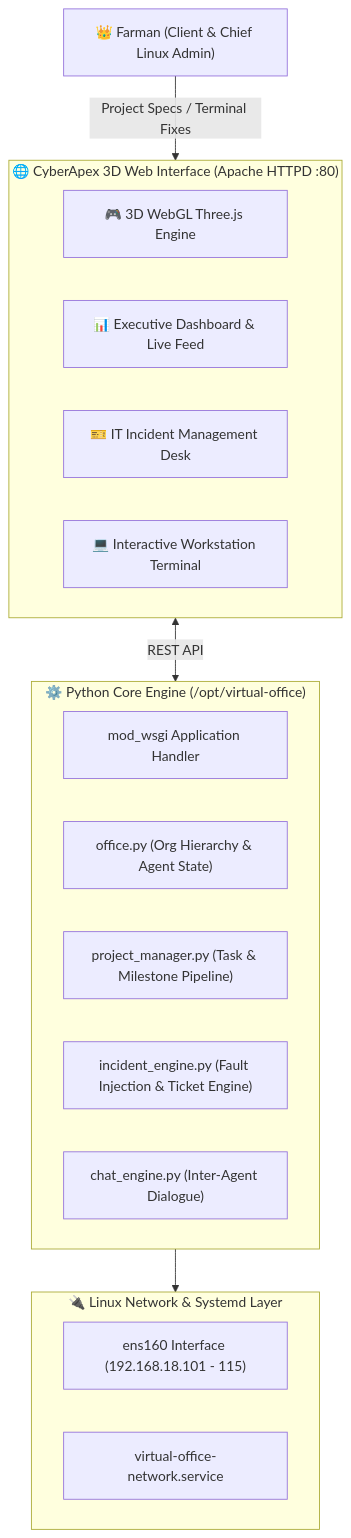
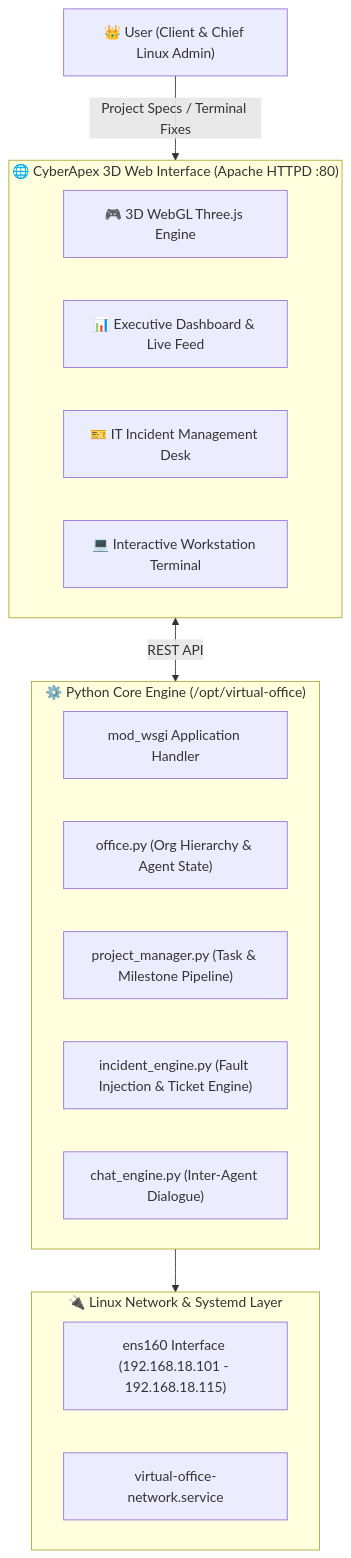
Before and after one commit to jacky1473/CyberApex: the diagram in README.md, drawn with Mermaid. The commit also changed other lines of this file and 1 other file, not shown here.

````diff
--- a/README.md
+++ b/README.md
@@ -53,28 +64,28 @@
 ```mermaid
 graph TD
-    User["👑 Farman (Client & Chief Linux Admin)"]
+    User["👑 User (Client & Chief Linux Admin)"]
     
     subgraph WebInterface ["🌐 CyberApex 3D Web Interface (Apache HTTPD :80)"]
         ThreeJS["🎮 3D WebGL Three.js Engine"]
         Dash["📊 Executive Dashboard & Live Feed"]
         TicketBoard["🎫 IT Incident Management Desk"]
         WebShell["💻 Interactive Workstation Terminal"]
     end
 
     subgraph CoreEngine ["⚙️ Python Core Engine (/opt/virtual-office)"]
         WSGI["mod_wsgi Application Handler"]
         Office["office.py (Org Hierarchy & Agent State)"]
         ProjMgr["project_manager.py (Task & Milestone Pipeline)"]
         Incidents["incident_engine.py (Fault Injection & Ticket Engine)"]
         Chat["chat_engine.py (Inter-Agent Dialogue)"]
     end
 
     subgraph NetworkStack ["🔌 Linux Network & Systemd Layer"]
-        KernelNet["ens160 Interface (192.168.18.101 - 115)"]
+        KernelNet["ens160 Interface (192.168.18.101 - 192.168.18.115)"]
         NetService["virtual-office-network.service"]
     end
 
     User -->|Project Specs / Terminal Fixes| WebInterface
     WebInterface <-->|REST API| CoreEngine
     CoreEngine --> NetworkStack
 ```
````
